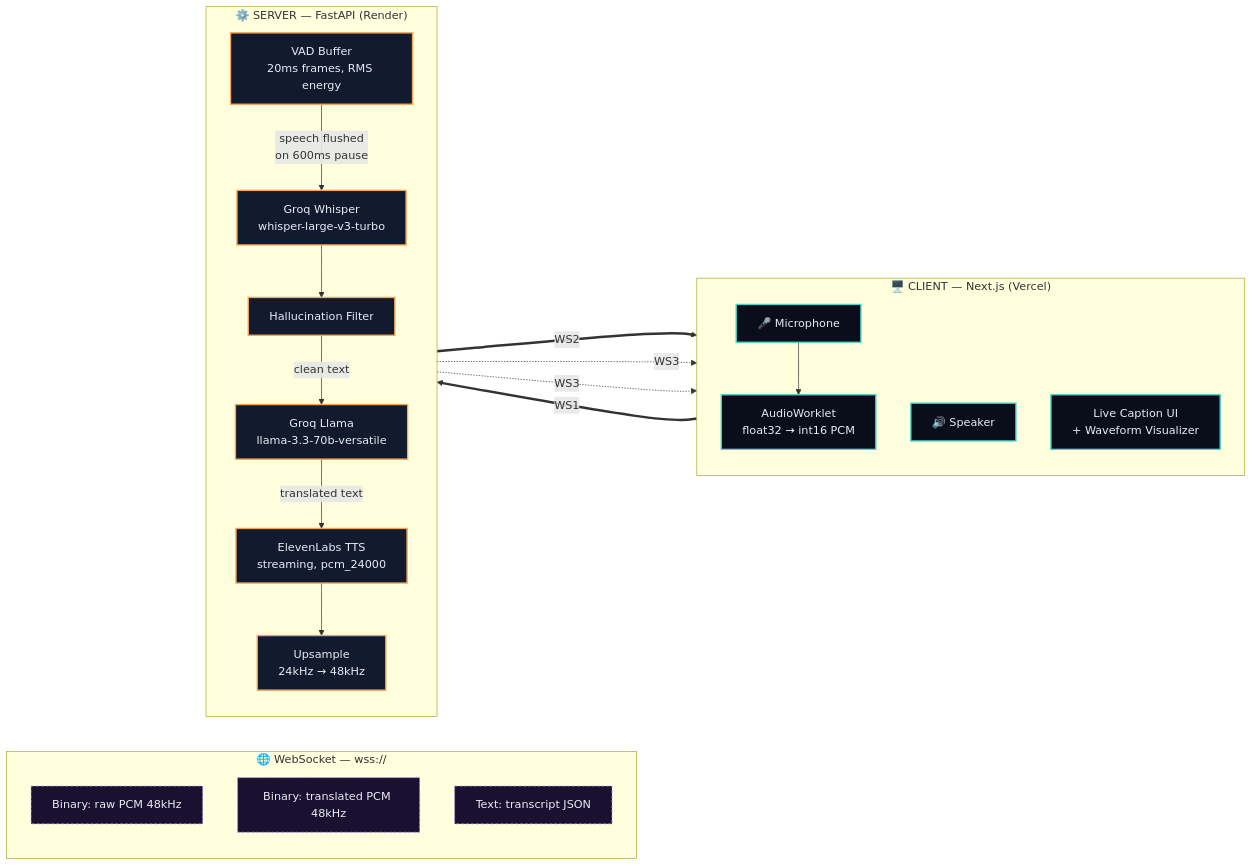
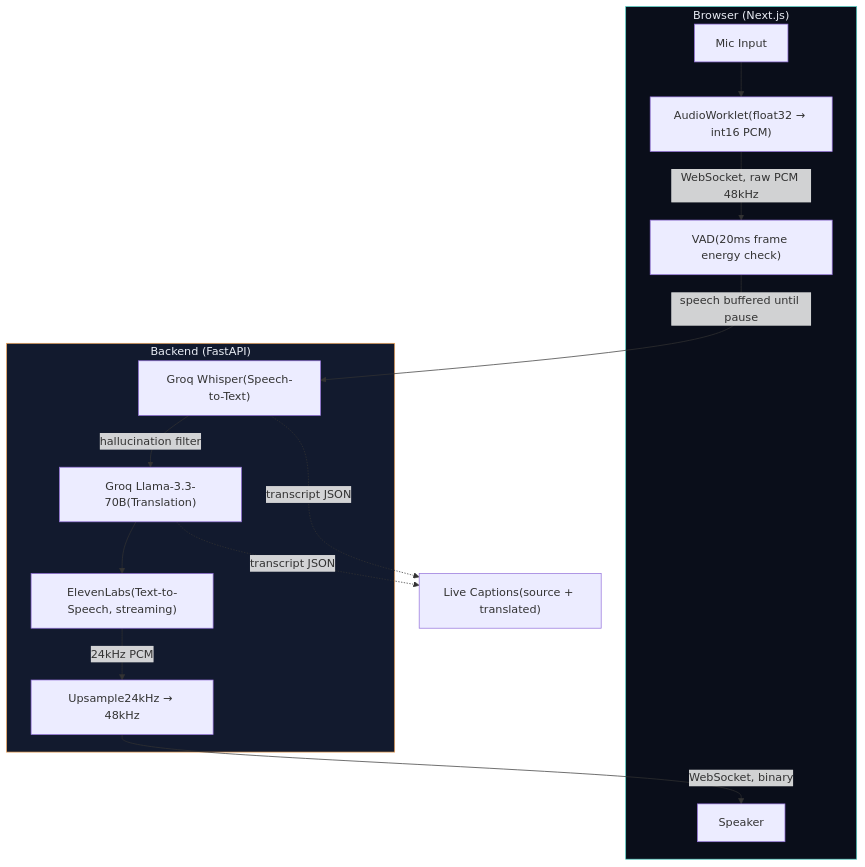
The diagram in README.md (Akgithub2028/Real-Time-AI-Voice-Translator), drawn with Mermaid before and after one commit. The commit also changed other lines of this file, not shown here.

Commit message:
Revise architecture section in README
Updated architecture diagram and improved explanations for system components and their interactions.

````diff
--- a/README.md
+++ b/README.md
@@ -22,48 +22,22 @@
 ```mermaid
-flowchart LR
-    subgraph Client["🖥️ CLIENT — Next.js (Vercel)"]
-        direction TB
-        Mic["🎤 Microphone"]
-        Worklet["AudioWorklet<br/>float32 → int16 PCM"]
-        Speaker["🔊 Speaker"]
-        UI["Live Caption UI<br/>+ Waveform Visualizer"]
-
-        Mic --> Worklet
+flowchart TD
+    subgraph Browser["Browser (Next.js)"]
+        A[Mic Input] --> B["AudioWorklet(float32 → int16 PCM)"]
+        B -->|WebSocket, raw PCM 48kHz| C
+        H[Speaker] 
     end
 
-    subgraph Network["🌐 WebSocket — wss://"]
-        direction TB
-        WS1["Binary: raw PCM 48kHz"]
-        WS2["Binary: translated PCM 48kHz"]
-        WS3["Text: transcript JSON"]
+    subgraph Backend["Backend (FastAPI)"]
+        C["VAD(20ms frame energy check)"] -->|speech buffered until pause| D["Groq Whisper(Speech-to-Text)"]
+        D -->|hallucination filter| E["Groq Llama-3.3-70B(Translation)"]
+        E --> F["ElevenLabs(Text-to-Speech, streaming)"]
+        F -->|24kHz PCM| G["Upsample24kHz → 48kHz"]
     end
 
-    subgraph Server["⚙️ SERVER — FastAPI (Render)"]
-        direction TB
-        VAD["VAD Buffer<br/>20ms frames, RMS energy"]
-        STT["Groq Whisper<br/>whisper-large-v3-turbo"]
-        Filter["Hallucination Filter"]
-        MT["Groq Llama<br/>llama-3.3-70b-versatile"]
-        TTS["ElevenLabs TTS<br/>streaming, pcm_24000"]
-        Upsample["Upsample<br/>24kHz → 48kHz"]
+    G -->|WebSocket, binary| H
+    D -.->|transcript JSON| I["Live Captions(source + translated)"]
+    E -.->|transcript JSON| I
 
-        VAD -->|"speech flushed<br/>on 600ms pause"| STT
-        STT --> Filter
-        Filter -->|"clean text"| MT
-        MT -->|"translated text"| TTS
-        TTS --> Upsample
-    end
-
-    Worklet ==>|WS1| VAD
-    Upsample ==>|WS2| Speaker
-    Filter -.->|WS3| UI
-    MT -.->|WS3| UI
-
-    classDef client fill:#0a0e1a,stroke:#4fd1c5,stroke-width:2px,color:#e8ecf4
-    classDef server fill:#121a2e,stroke:#f2a65a,stroke-width:2px,color:#e8ecf4
-    classDef network fill:#1a1030,stroke:#a78bfa,stroke-width:1px,color:#e8ecf4,stroke-dasharray: 4 3
-
-    class Mic,Worklet,Speaker,UI client
-    class VAD,STT,Filter,MT,TTS,Upsample server
-    class WS1,WS2,WS3 network
+    style Browser fill:#0a0e1a,stroke:#4fd1c5,color:#e8ecf4
+    style Backend fill:#121a2e,stroke:#f2a65a,color:#e8ecf4
 ```
````
